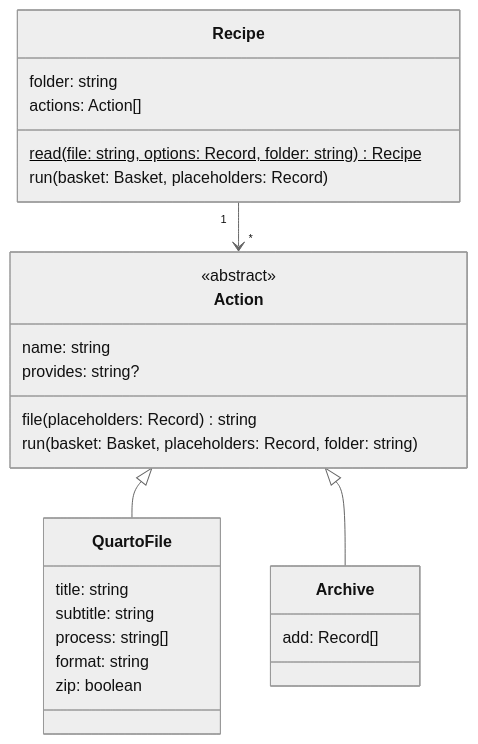
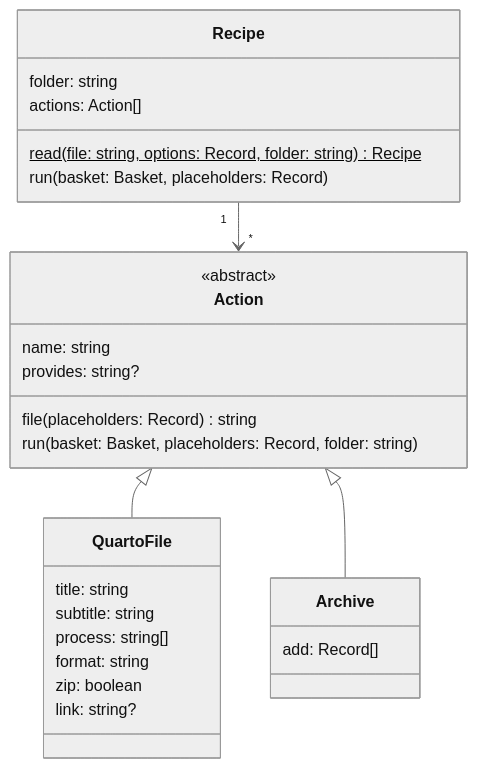
The fifth of 6 diagrams in DESIGN.md (matthiasbaitsch/quarto-loi-moi), drawn with Mermaid (neutral theme) before and after one commit. The commit also changed other lines of this file and 24 other files, not shown here.

````diff
--- a/DESIGN.md
+++ b/DESIGN.md
@@ -218,30 +220,31 @@
 ```mermaid
 classDiagram
   direction TD
   Recipe "1" --> "*" Action
   Action <|-- QuartoFile
   Action <|-- Archive
   class Recipe {
     folder: string
     actions: Action[]
     read(file: string, options: Record, folder: string)$ Recipe
     run(basket: Basket, placeholders: Record)
   }
   class Action {
     <<abstract>>
     name: string
     provides: string?
     file(placeholders: Record) string
     run(basket: Basket, placeholders: Record, folder: string)
   }
   class QuartoFile {
     title: string
     subtitle: string
     process: string[]
     format: string
     zip: boolean
+    link: string?
   }
   class Archive {
     add: Record[]
   }
 ```
````
